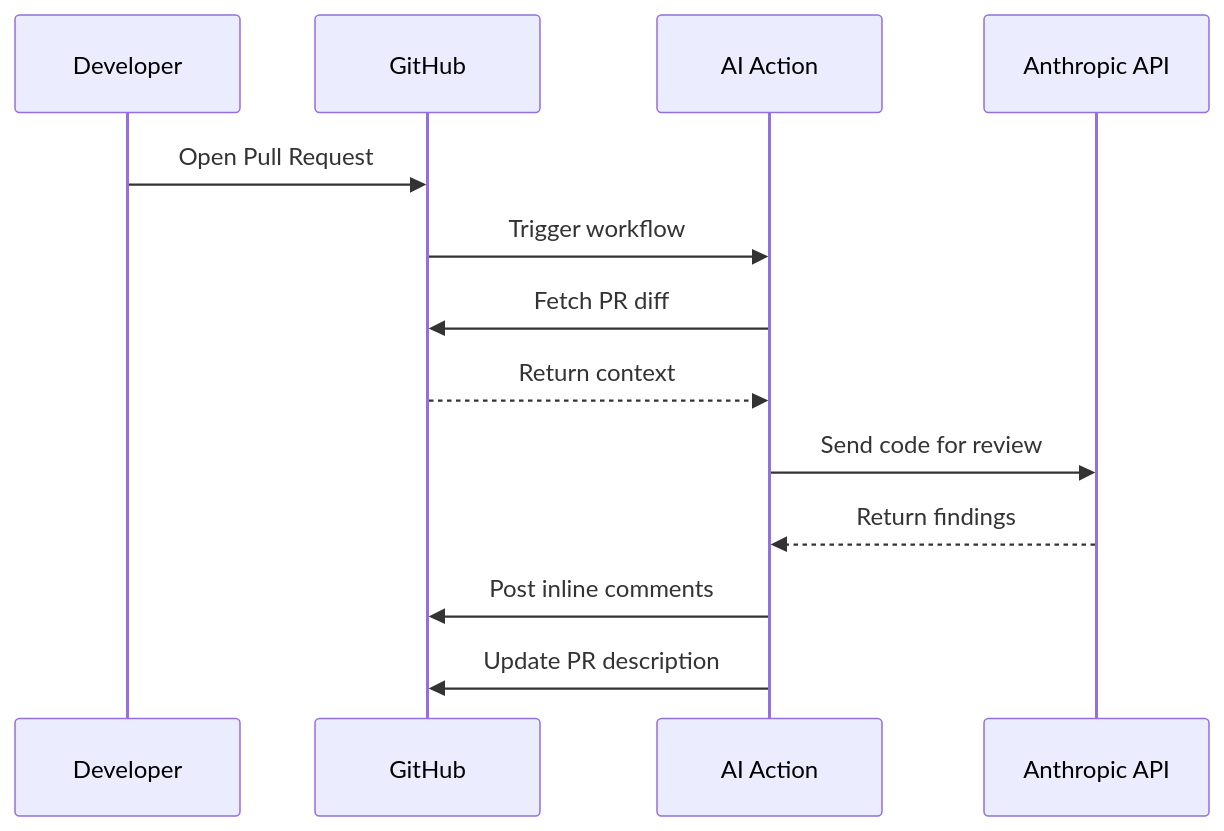
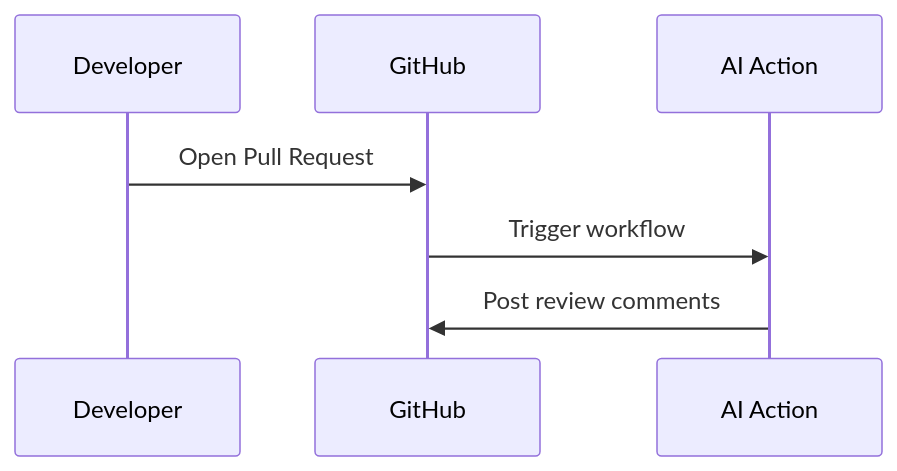
One commit to vaibhavkumar-sf/ai-pr-review-action changed the second of 2 diagrams in prompts/system/mermaid-diagrams.md. Above: the diagram before and after it, drawn with Mermaid. The commit also changed other lines of this file and 5 other files, not shown here.

First line of the commit message:
feat(diagrams): styled + simple mermaid twins in one AI call, parse-gated fallback (#27)

````diff
--- a/prompts/system/mermaid-diagrams.md
+++ b/prompts/system/mermaid-diagrams.md
@@ -28,16 +46,10 @@
 ```mermaid
 sequenceDiagram
     participant Dev as Developer
     participant GH as GitHub
     participant AI as AI Action
-    participant LLM as Anthropic API
 
     Dev->>GH: Open Pull Request
     GH->>AI: Trigger workflow
-    AI->>GH: Fetch PR diff
-    GH-->>AI: Return context
-    AI->>LLM: Send code for review
-    LLM-->>AI: Return findings
-    AI->>GH: Post inline comments
-    AI->>GH: Update PR description
+    AI->>GH: Post review comments
 ```
````
